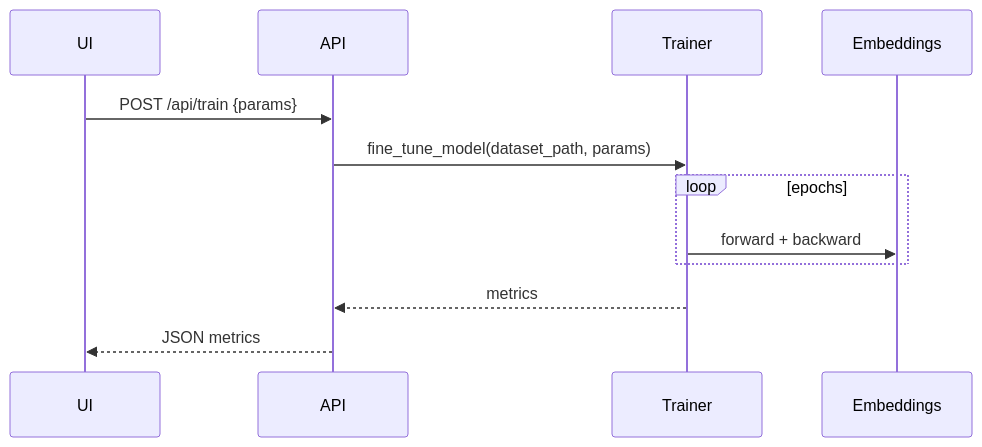
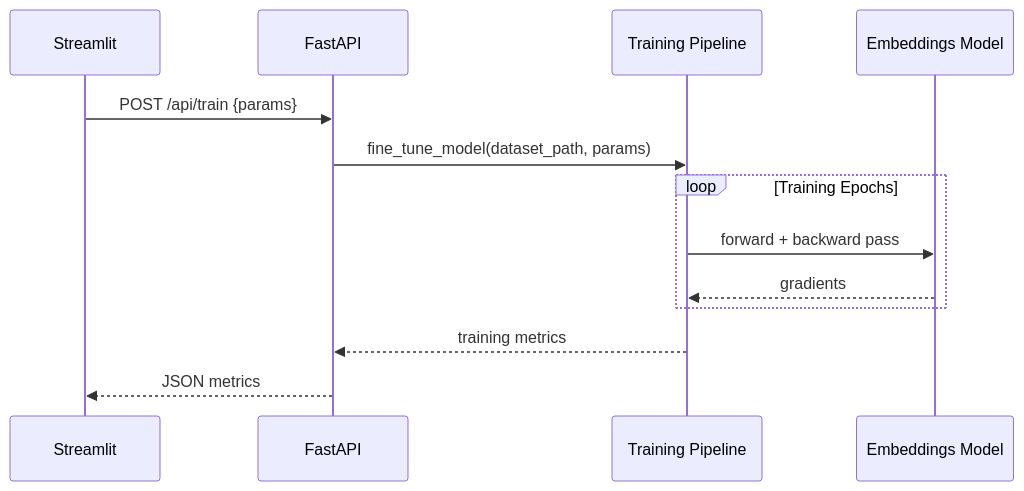
Before and after one commit to Misal-Ambasta/W4D5-Fine-Tuned-Embeddings: the fourth of 4 diagrams in flow.md, drawn with Mermaid. The commit also changed other lines of this file, not shown here.

````diff
--- a/flow.md
+++ b/flow.md
@@ -65,10 +70,15 @@
 ```mermaid
 sequenceDiagram
+    participant UI as Streamlit
+    participant API as FastAPI
+    participant Trainer as Training Pipeline
+    participant Embeddings as Embeddings Model
     UI->>API: POST /api/train {params}
     API->>Trainer: fine_tune_model(dataset_path, params)
-    loop epochs
-        Trainer->>Embeddings: forward + backward
+    loop Training Epochs
+        Trainer->>Embeddings: forward + backward pass
+        Embeddings-->>Trainer: gradients
     end
-    Trainer-->>API: metrics
+    Trainer-->>API: training metrics
     API-->>UI: JSON metrics
 ```
````
